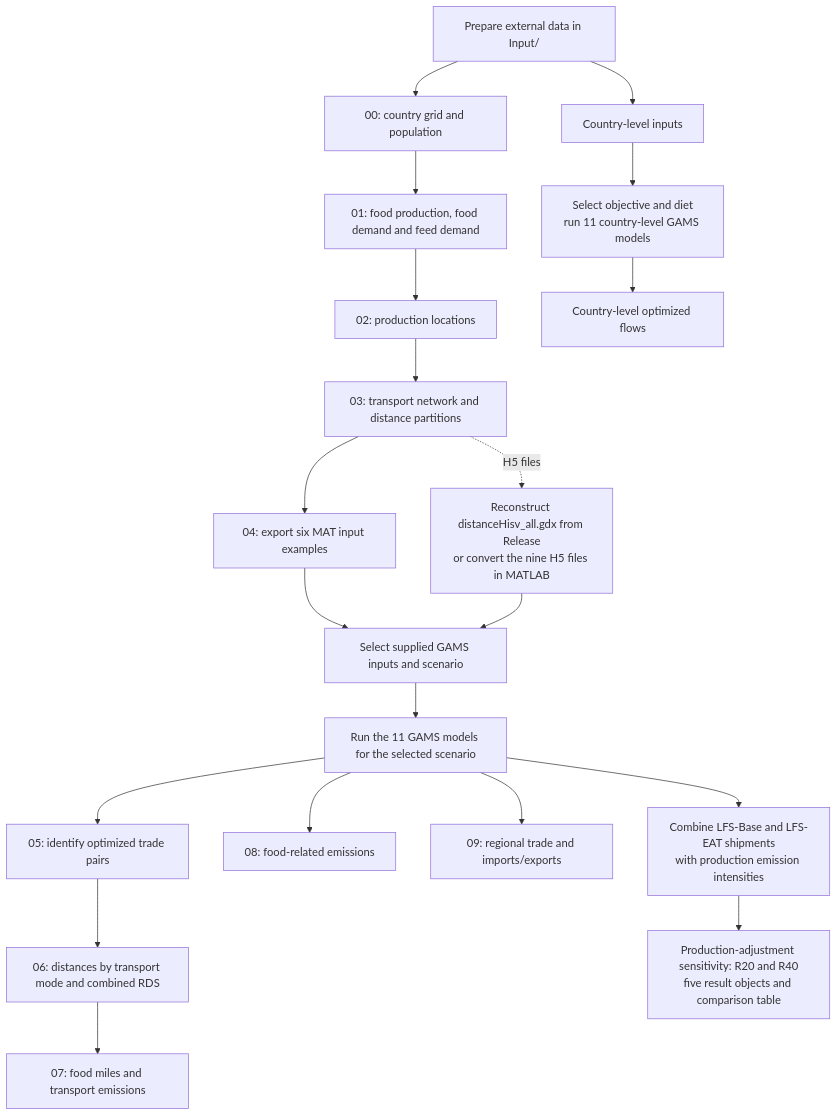
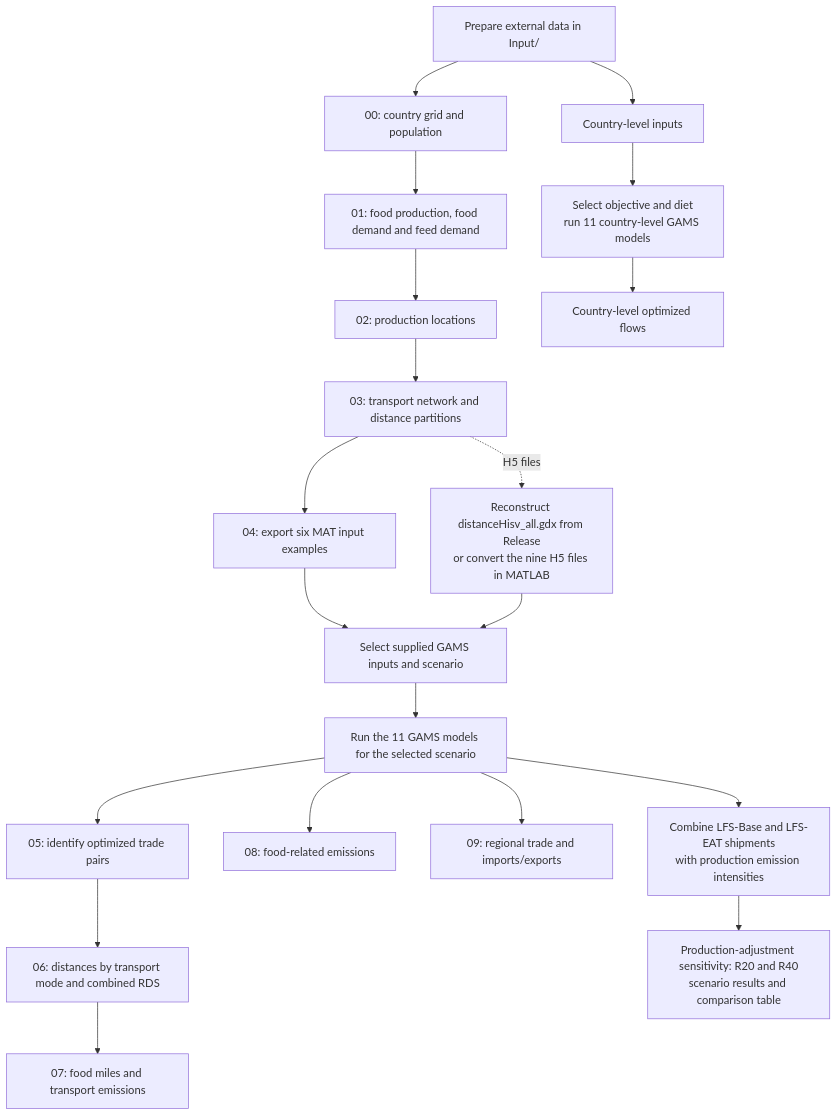
The first of 2 diagrams in README.md (dengzhong/Reproduction-Package-for-dietary-transition-and-localized-food-supply-), drawn with Mermaid before and after one commit. The commit also changed other lines of this file, not shown here.

Commit message:
Simplify documented production sensitivity result objects

````diff
--- a/README.md
+++ b/README.md
@@ -959,22 +959,22 @@
 ``` mermaid
 flowchart TD
     A["Prepare external data in Input/"] --> B["00: country grid and population"]
     B --> C["01: food production, food demand and feed demand"]
     C --> D["02: production locations"]
     D --> E["03: transport network and distance partitions"]
     E --> F["04: export six MAT input examples"]
     F --> G["Select supplied GAMS inputs and scenario"]
     H["Reconstruct distanceHisv_all.gdx from Release<br/>or convert the nine H5 files in MATLAB"] --> G
     E -. "H5 files" .-> H
     G --> I["Run the 11 GAMS models for the selected scenario"]
     I --> J["05: identify optimized trade pairs"]
     J --> K["06: distances by transport mode and combined RDS"]
     K --> L["07: food miles and transport emissions"]
     I --> M["08: food-related emissions"]
     I --> N["09: regional trade and imports/exports"]
     A --> O["Country-level inputs"]
     O --> P["Select objective and diet<br/>run 11 country-level GAMS models"]
     P --> Q["Country-level optimized flows"]
     I --> R["Combine LFS-Base and LFS-EAT shipments<br/>with production emission intensities"]
-    R --> S["Production-adjustment sensitivity: R20 and R40<br/>five result objects and comparison table"]
+    R --> S["Production-adjustment sensitivity: R20 and R40<br/>scenario results and comparison table"]
 ```
````
